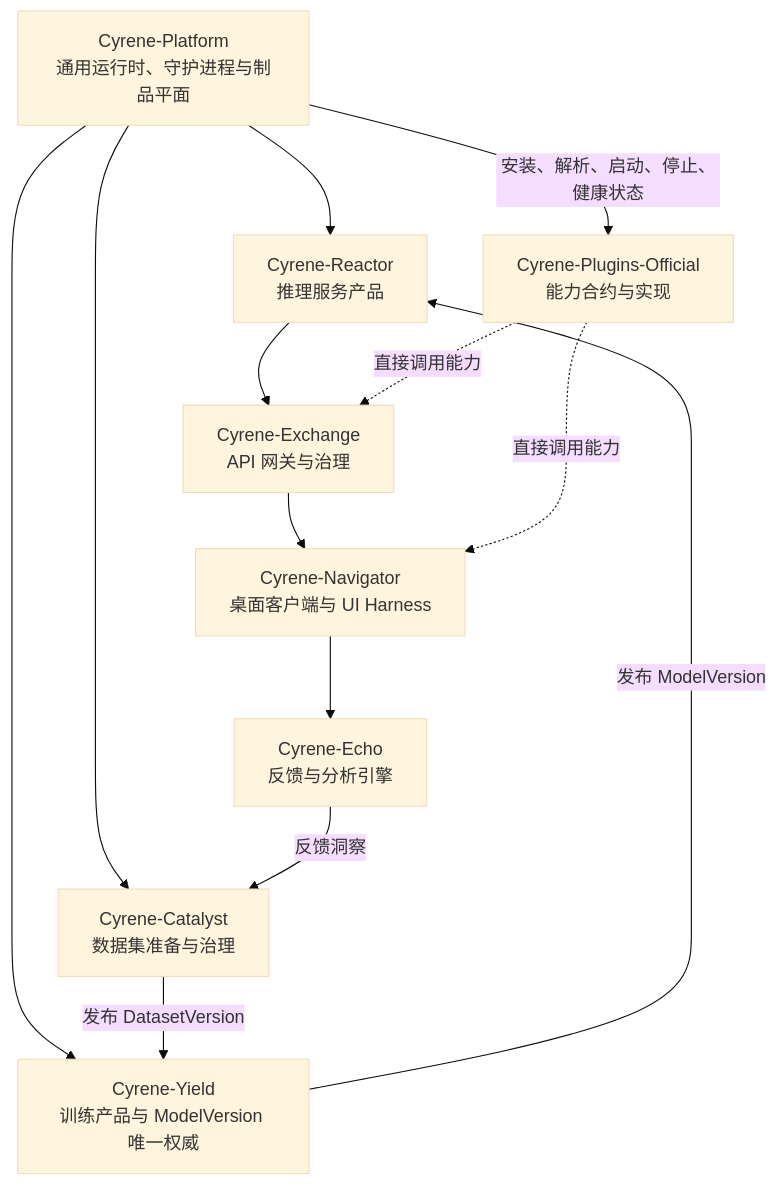
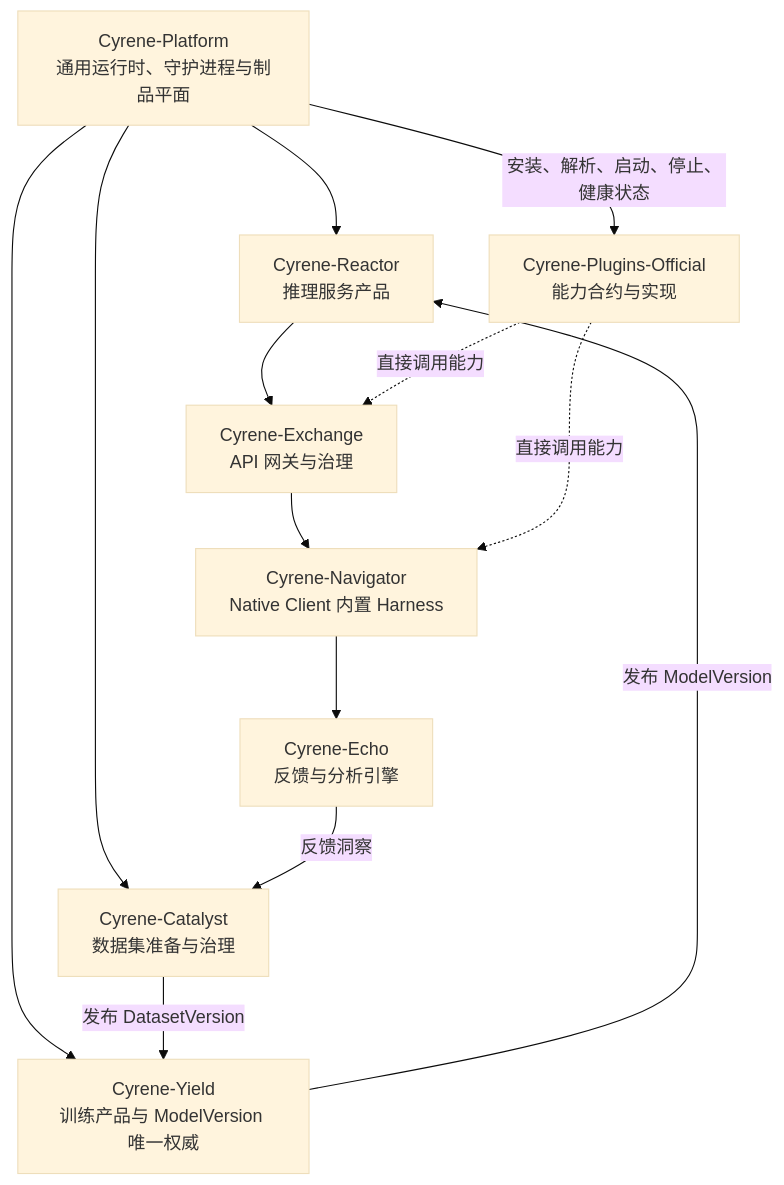
Before and after one commit to DoHorizon-AI/Cyrene-Workspace: the second of 2 diagrams in docs/ARCHITECTURE.md, drawn with Mermaid (base theme). The commit also changed other lines of this file and 4 other files, not shown here.

Commit message:
docs(workspace): align Navigator product definition to headless native harness

````diff
--- a/docs/ARCHITECTURE.md
+++ b/docs/ARCHITECTURE.md
@@ -64,15 +64,15 @@
 ```mermaid
 graph TD
     Platform[Cyrene-Platform<br/>通用运行时、守护进程与制品平面] --> Reactor[Cyrene-Reactor<br/>推理服务产品]
     Platform --> Yield[Cyrene-Yield<br/>训练产品与 ModelVersion 唯一权威]
     Platform --> Catalyst[Cyrene-Catalyst<br/>数据集准备与治理]
     Yield -->|发布 ModelVersion| Reactor
     Catalyst -->|发布 DatasetVersion| Yield
     Reactor --> Exchange[Cyrene-Exchange<br/>API 网关与治理]
-    Exchange --> Navigator[Cyrene-Navigator<br/>桌面客户端与 UI Harness]
+    Exchange --> Navigator[Cyrene-Navigator<br/>Native Client 内置 Harness]
     Navigator --> Echo[Cyrene-Echo<br/>反馈与分析引擎]
     Echo -->|反馈洞察| Catalyst
     Platform -->|安装、解析、启动、停止、健康状态| Plugins[Cyrene-Plugins-Official<br/>能力合约与实现]
     Plugins -.->|直接调用能力| Navigator
     Plugins -.->|直接调用能力| Exchange
 ```
````
